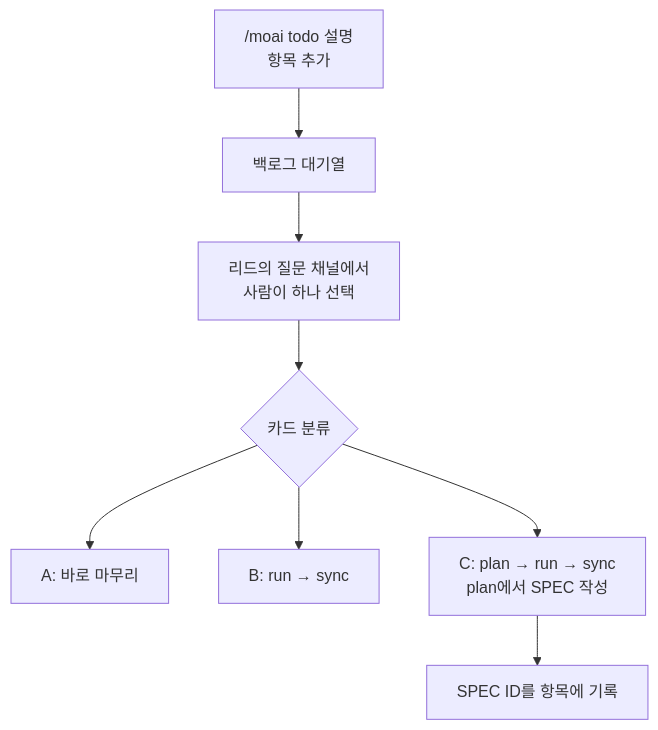
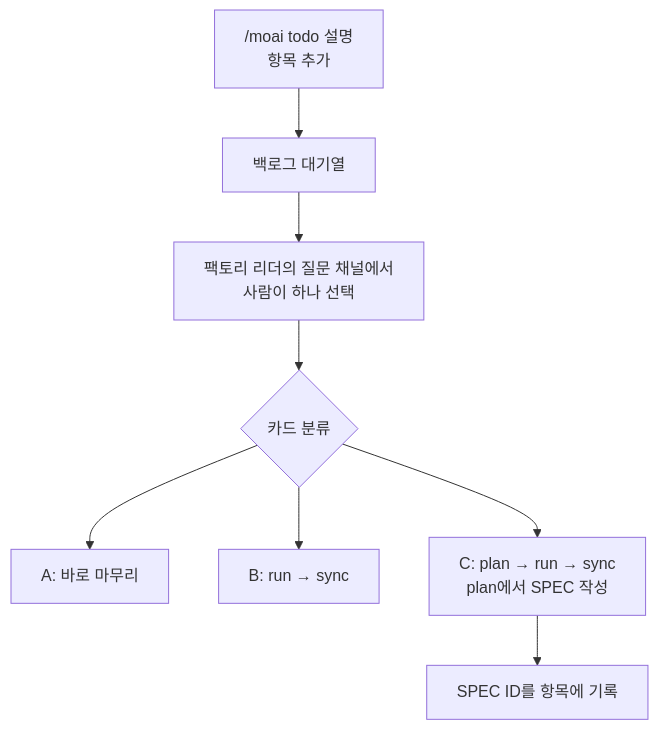
One commit to modu-ai/moai-adk changed the diagram in docs-site/content/ko/utility-commands/moai-todo.md. Above: the diagram before and after it, drawn with Mermaid. The commit also changed other lines of this file and 3 other files, not shown here.

````diff
--- a/docs-site/content/ko/utility-commands/moai-todo.md
+++ b/docs-site/content/ko/utility-commands/moai-todo.md
@@ -31,10 +31,10 @@
 ```mermaid
 flowchart TD
     Add["/moai todo 설명<br/>항목 추가"] --> Queue["백로그 대기열"]
-    Queue --> Pick["리드의 질문 채널에서<br/>사람이 하나 선택"]
+    Queue --> Pick["팩토리 리더의 질문 채널에서<br/>사람이 하나 선택"]
     Pick --> Class{"카드 분류"}
     Class --> A["A: 바로 마무리"]
     Class --> B["B: run → sync"]
     Class --> Plan["C: plan → run → sync<br/>plan에서 SPEC 작성"]
     Plan --> Spec["SPEC ID를 항목에 기록"]
 ```
````
